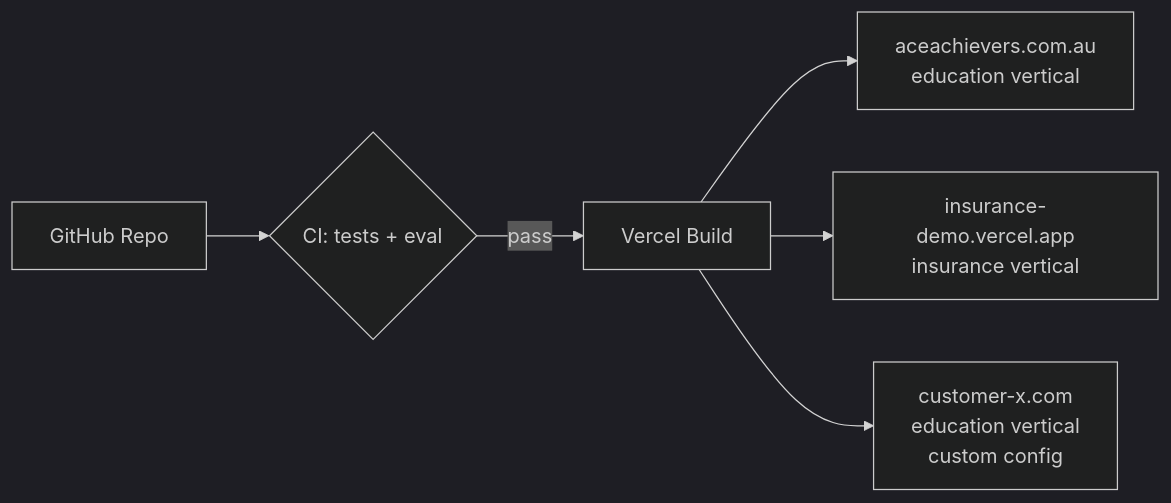
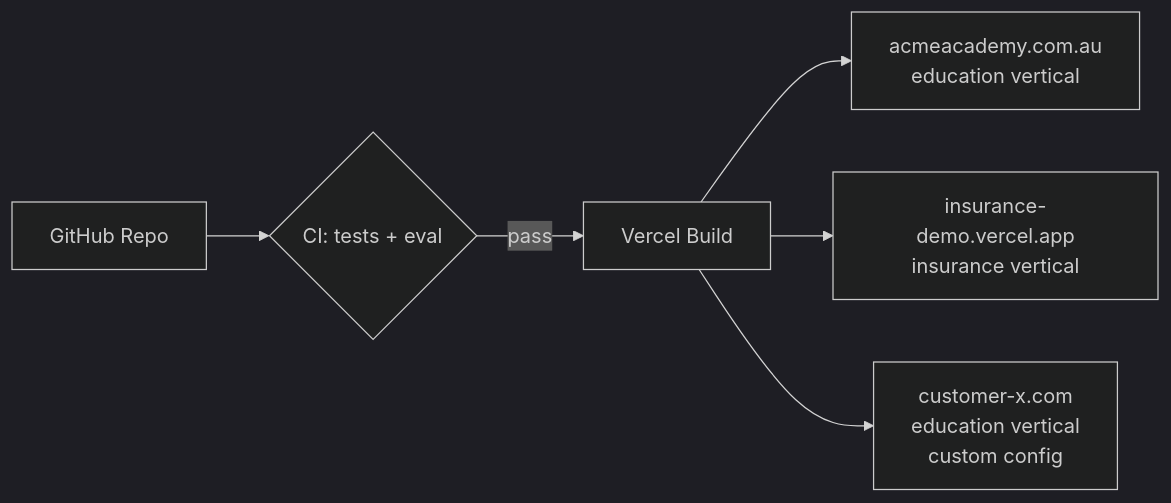
One commit to Star4future/langgraph-platform changed the third of 3 diagrams in ARCHITECTURE.md. Above: the diagram before and after it, drawn with Mermaid (dark theme). The commit also changed other lines of this file and 25 other files, not shown here.

````diff
--- a/ARCHITECTURE.md
+++ b/ARCHITECTURE.md
@@ -283,8 +283,8 @@
 ```mermaid
 graph LR
     Repo[GitHub Repo] --> CI{CI: tests + eval}
     CI -->|pass| Vercel[Vercel Build]
-    Vercel --> Prod1[aceachievers.com.au<br/>education vertical]
+    Vercel --> Prod1[acmeacademy.com.au<br/>education vertical]
     Vercel --> Prod2[insurance-demo.vercel.app<br/>insurance vertical]
     Vercel --> Prod3[customer-x.com<br/>education vertical<br/>custom config]
 ```
````
